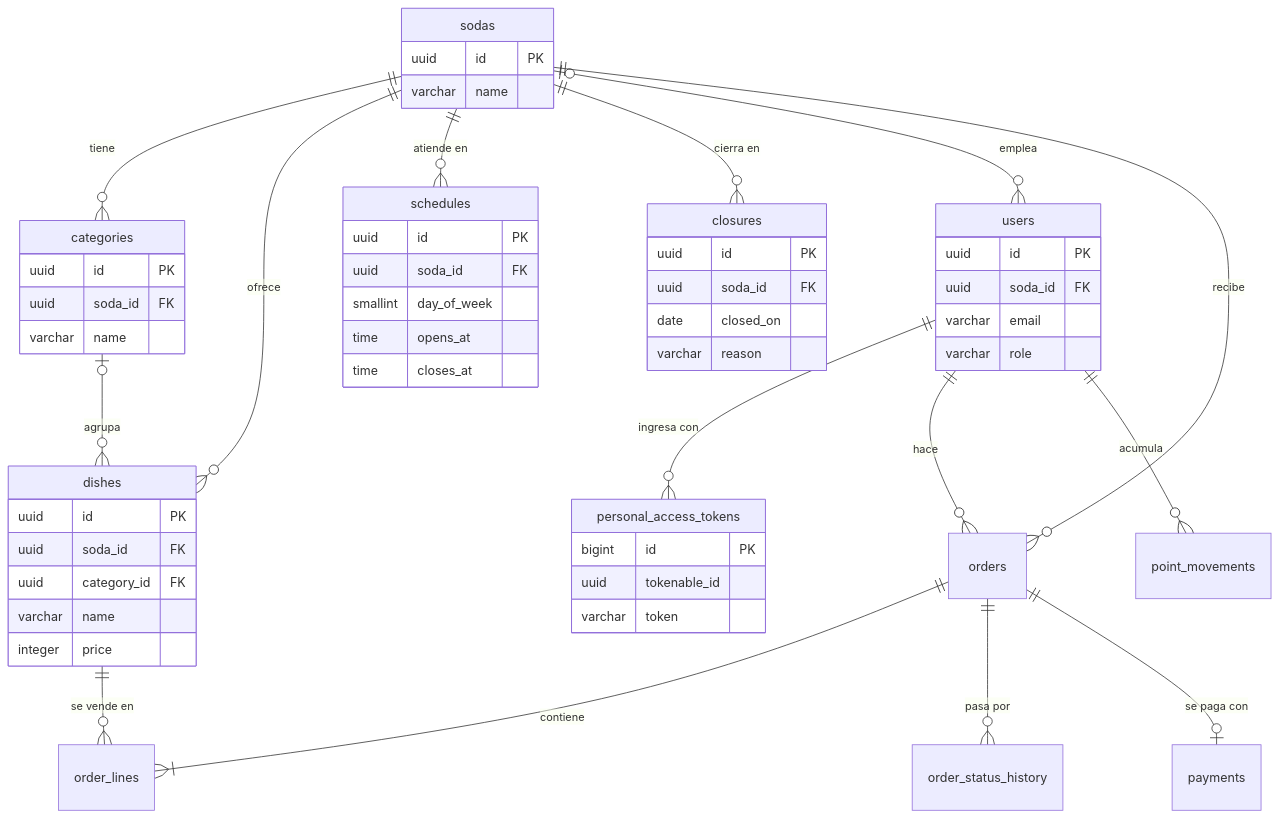
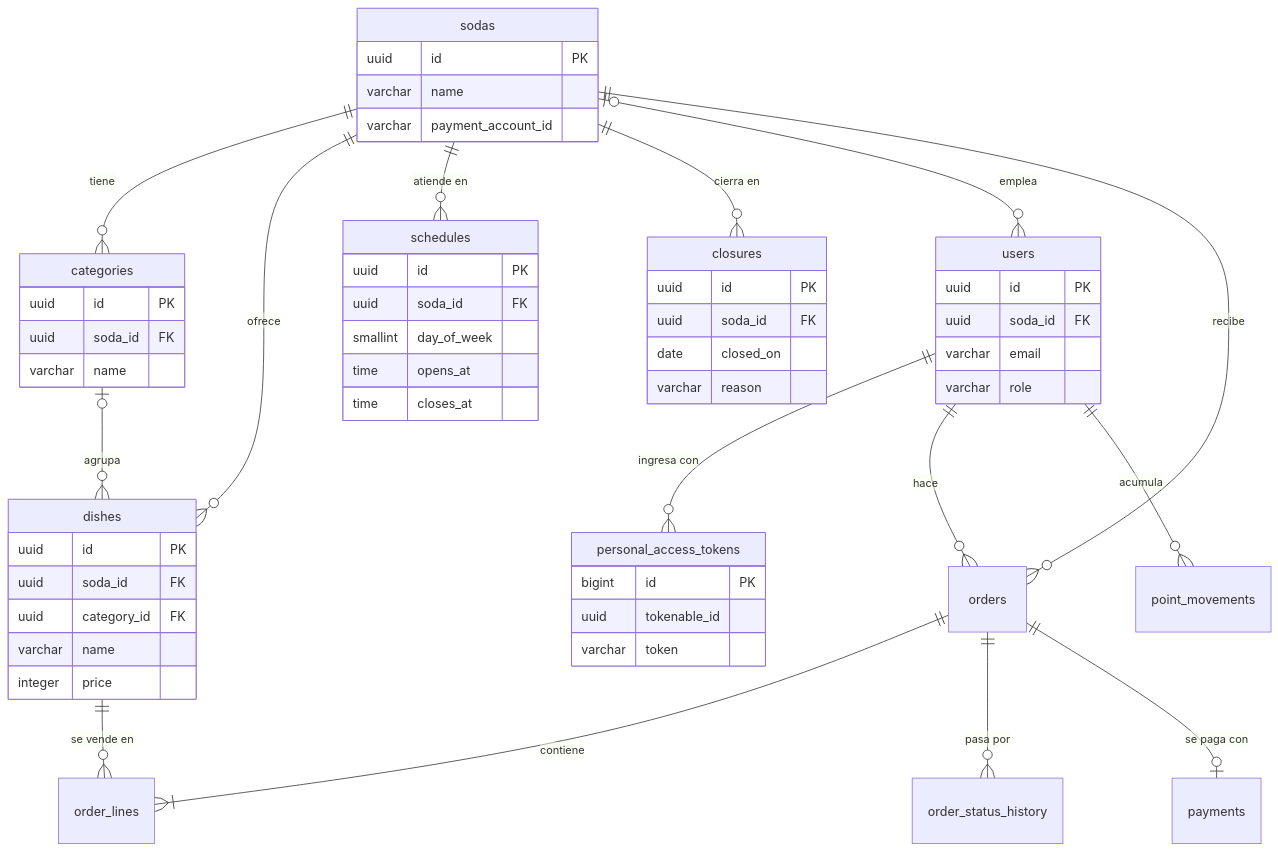
Before and after one commit to BryanChavesSalas/SodaYa-Hexagonal: the diagram in docs/data-model.md, drawn with Mermaid. The commit also changed other lines of this file and 6 other files, not shown here.

First line of the commit message:
feat: persist sodas with their payment account

````diff
--- a/docs/data-model.md
+++ b/docs/data-model.md
@@ -9,58 +9,59 @@
 ```mermaid
 erDiagram
     sodas ||--o{ categories : "tiene"
     sodas ||--o{ dishes : "ofrece"
     categories |o--o{ dishes : "agrupa"
     sodas ||--o{ schedules : "atiende en"
     sodas ||--o{ closures : "cierra en"
     sodas |o--o{ users : "emplea"
     users ||--o{ personal_access_tokens : "ingresa con"
     sodas ||--o{ orders : "recibe"
     users ||--o{ orders : "hace"
     orders ||--|{ order_lines : "contiene"
     dishes ||--o{ order_lines : "se vende en"
     orders ||--o{ order_status_history : "pasa por"
     orders ||--o| payments : "se paga con"
     users ||--o{ point_movements : "acumula"
 
     sodas {
         uuid id PK
         varchar name
+        varchar payment_account_id
     }
     categories {
         uuid id PK
         uuid soda_id FK
         varchar name
     }
     dishes {
         uuid id PK
         uuid soda_id FK
         uuid category_id FK
         varchar name
         integer price
     }
     schedules {
         uuid id PK
         uuid soda_id FK
         smallint day_of_week
         time opens_at
         time closes_at
     }
     closures {
         uuid id PK
         uuid soda_id FK
         date closed_on
         varchar reason
     }
     users {
         uuid id PK
         uuid soda_id FK
         varchar email
         varchar role
     }
     personal_access_tokens {
         bigint id PK
         uuid tokenable_id
         varchar token
     }
 ```
````
